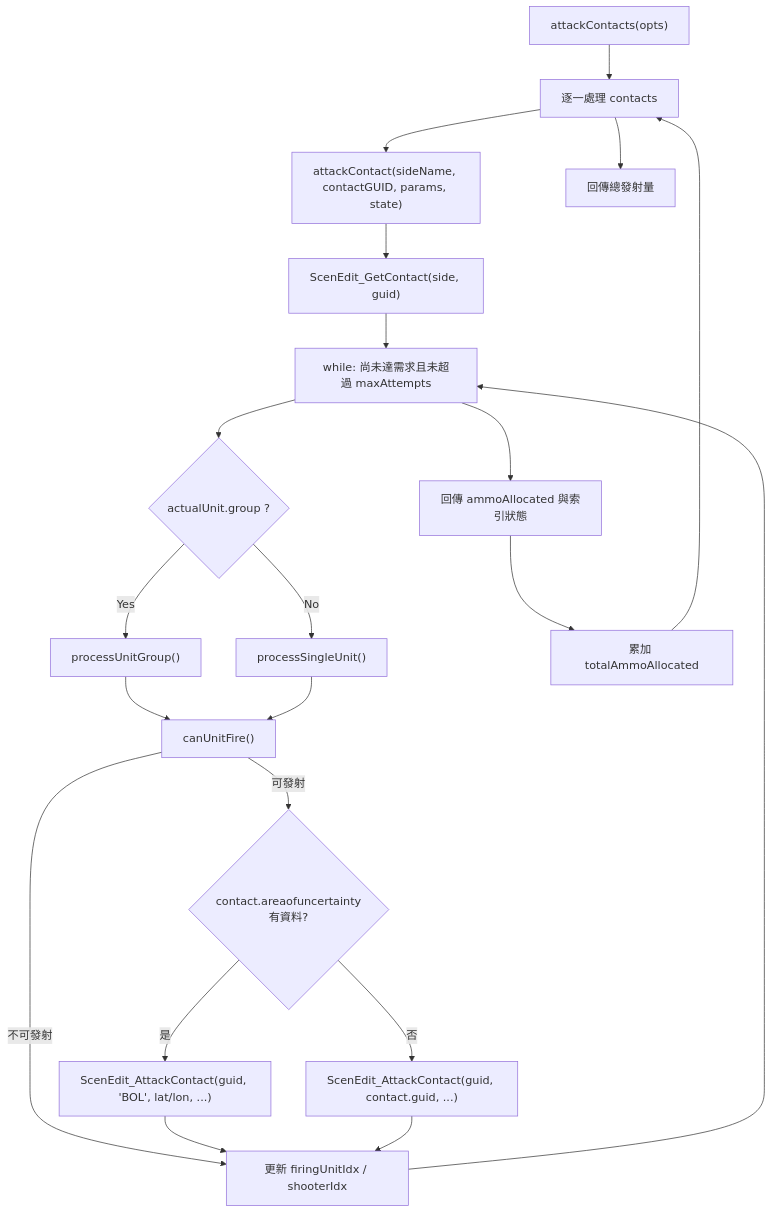
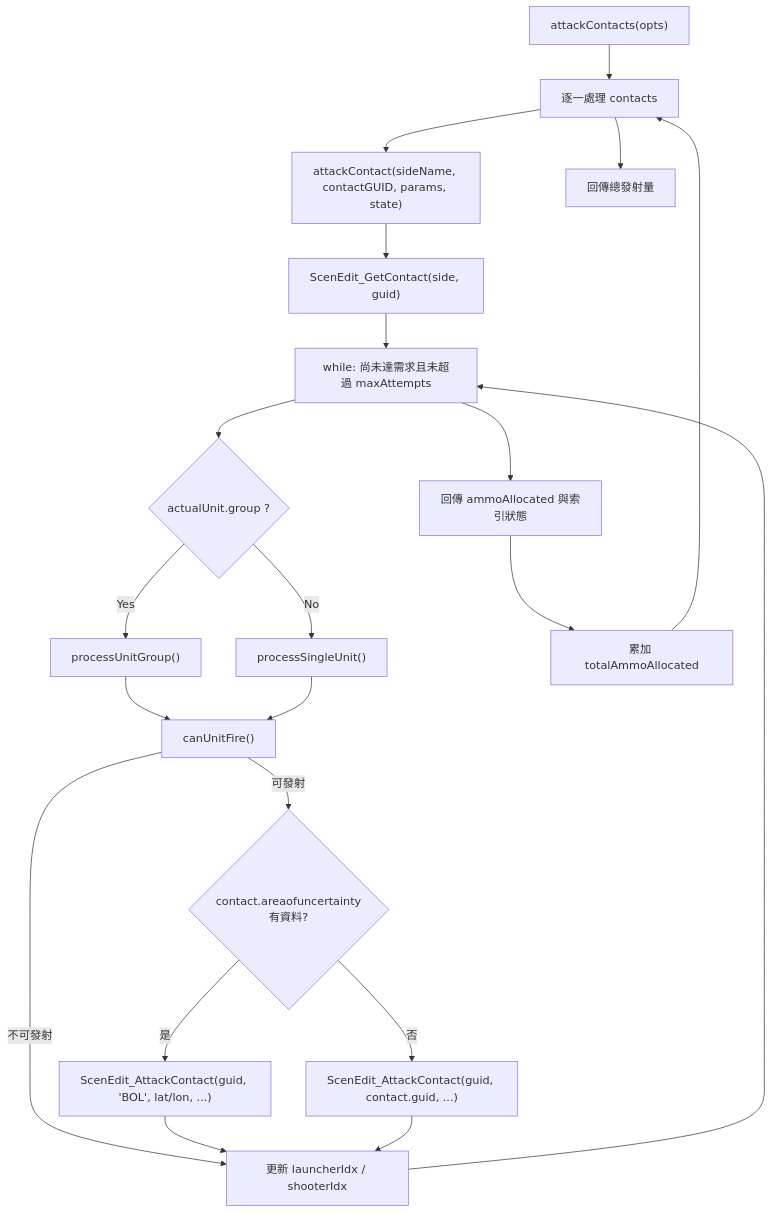
The diagram in docs/attackManager.md (pullupjumper/formosa-in-flames), drawn with Mermaid before and after one commit. The commit also changed other lines of this file and 67 other files, not shown here.

First line of the commit message:
refactor(missileSystem): rename firing unit to launcher and resupply unit to transloader

````diff
--- a/docs/attackManager.md
+++ b/docs/attackManager.md
@@ -62,40 +62,40 @@
 ```mermaid
 flowchart TD
     START["attackContacts(opts)"]
     LOOP_CONTACT["逐一處理 contacts"]
     ONE["attackContact(sideName, contactGUID, params, state)"]
     GETC["ScenEdit_GetContact(side, guid)"]
     LOOP_UNIT["while: 尚未達需求且未超過 maxAttempts"]
     CHECK_GROUP{"actualUnit.group ?"}
     GROUP["processUnitGroup()"]
     SINGLE["processSingleUnit()"]
     CAN["canUnitFire()"]
     UNCERTAIN{"contact.areaofuncertainty<br>有資料?"}
     BOL["ScenEdit_AttackContact(guid, 'BOL', lat/lon, ...)"]
     FIRE["ScenEdit_AttackContact(guid, contact.guid, ...)"]
-    NEXT["更新 firingUnitIdx / shooterIdx"]
+    NEXT["更新 launcherIdx / shooterIdx"]
     DONE["回傳 ammoAllocated 與索引狀態"]
     SUM["累加 totalAmmoAllocated"]
     RET["回傳總發射量"]
 
     START --> LOOP_CONTACT
     LOOP_CONTACT --> ONE
     ONE --> GETC
     GETC --> LOOP_UNIT
     LOOP_UNIT --> CHECK_GROUP
     CHECK_GROUP -->|Yes| GROUP
     CHECK_GROUP -->|No| SINGLE
     GROUP --> CAN
     SINGLE --> CAN
     CAN -->|可發射| UNCERTAIN
     CAN -->|不可發射| NEXT
     UNCERTAIN -->|是| BOL
     UNCERTAIN -->|否| FIRE
     BOL --> NEXT
     FIRE --> NEXT
     NEXT --> LOOP_UNIT
     LOOP_UNIT --> DONE
     DONE --> SUM
     SUM --> LOOP_CONTACT
     LOOP_CONTACT --> RET
 ```
````
